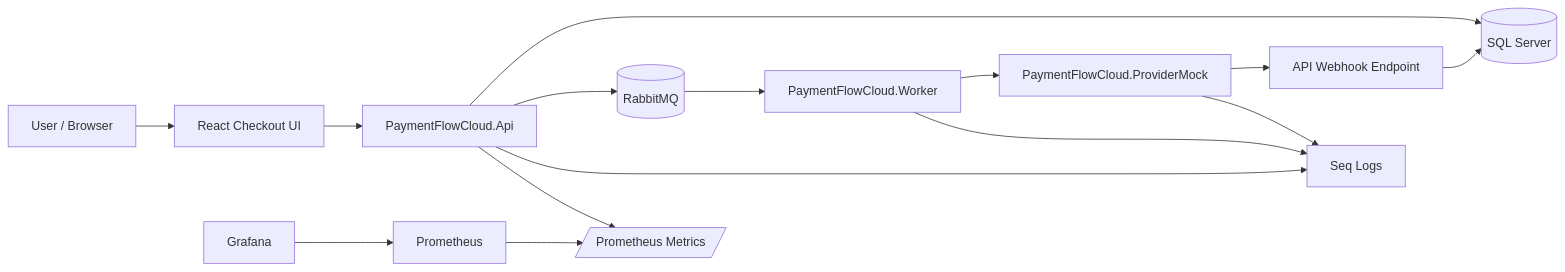
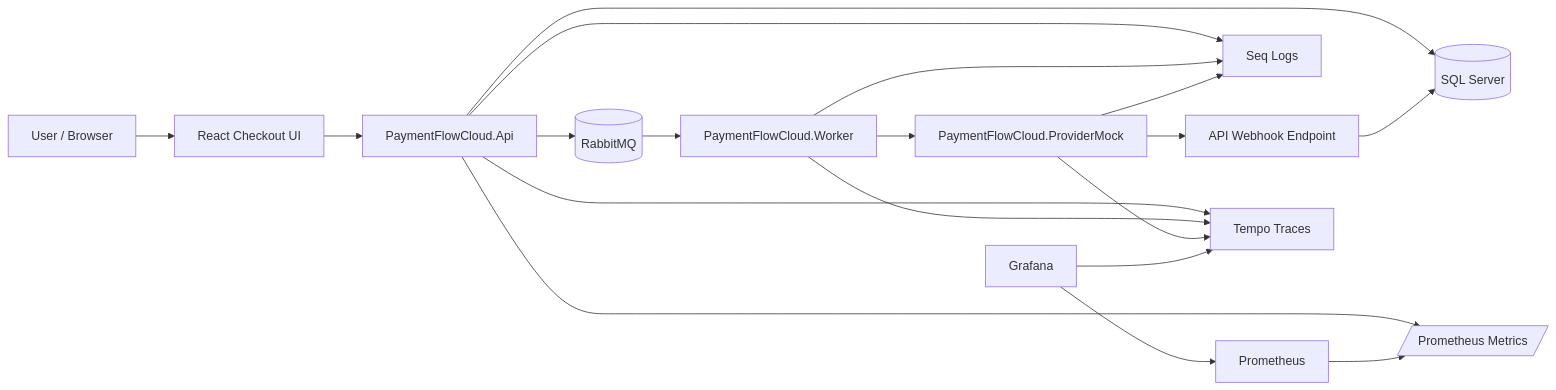
Before and after one commit to haoyucheng369-gif/payment-reliability: the first of 7 diagrams in README.md, drawn with Mermaid. The commit also changed other lines of this file and 13 other files, not shown here.

````diff
--- a/README.md
+++ b/README.md
@@ -22,17 +23,21 @@
 ```mermaid
 flowchart LR
     User[User / Browser] --> Web[React Checkout UI]
     Web --> Api[PaymentFlowCloud.Api]
     Api --> Sql[(SQL Server)]
     Api --> Rabbit[(RabbitMQ)]
     Rabbit --> Worker[PaymentFlowCloud.Worker]
     Worker --> Provider[PaymentFlowCloud.ProviderMock]
     Provider --> ApiWebhook[API Webhook Endpoint]
     ApiWebhook --> Sql
     Api --> Seq[Seq Logs]
     Worker --> Seq
     Provider --> Seq
     Api --> Metrics[/Prometheus Metrics/]
     Prometheus[Prometheus] --> Metrics
     Grafana[Grafana] --> Prometheus
+    Api --> Tempo[Tempo Traces]
+    Worker --> Tempo
+    Provider --> Tempo
+    Grafana --> Tempo
 ```
````
